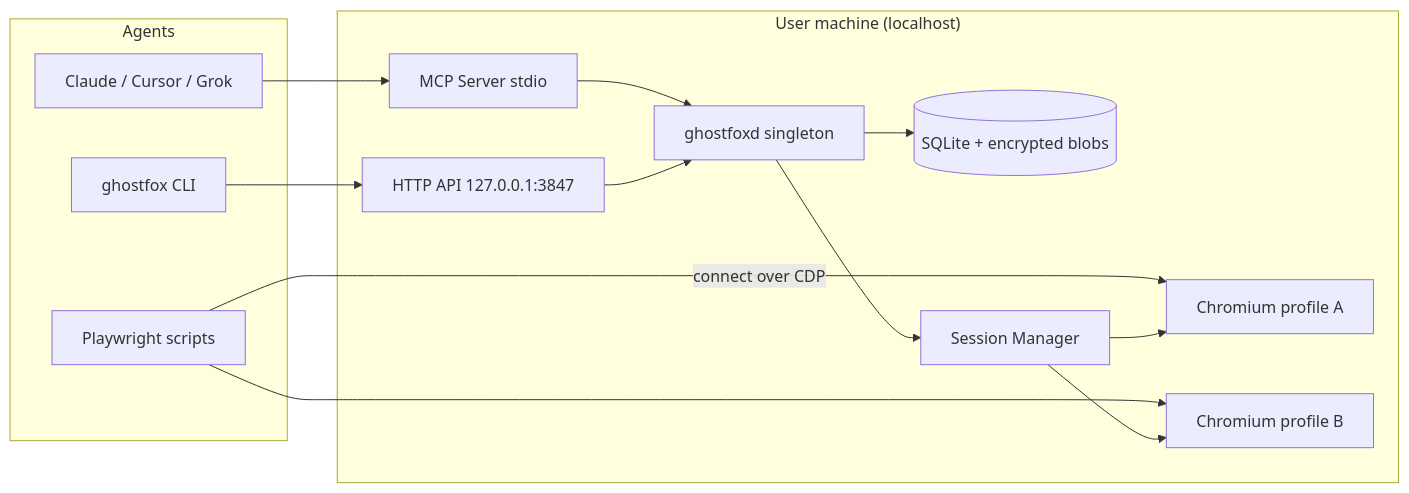
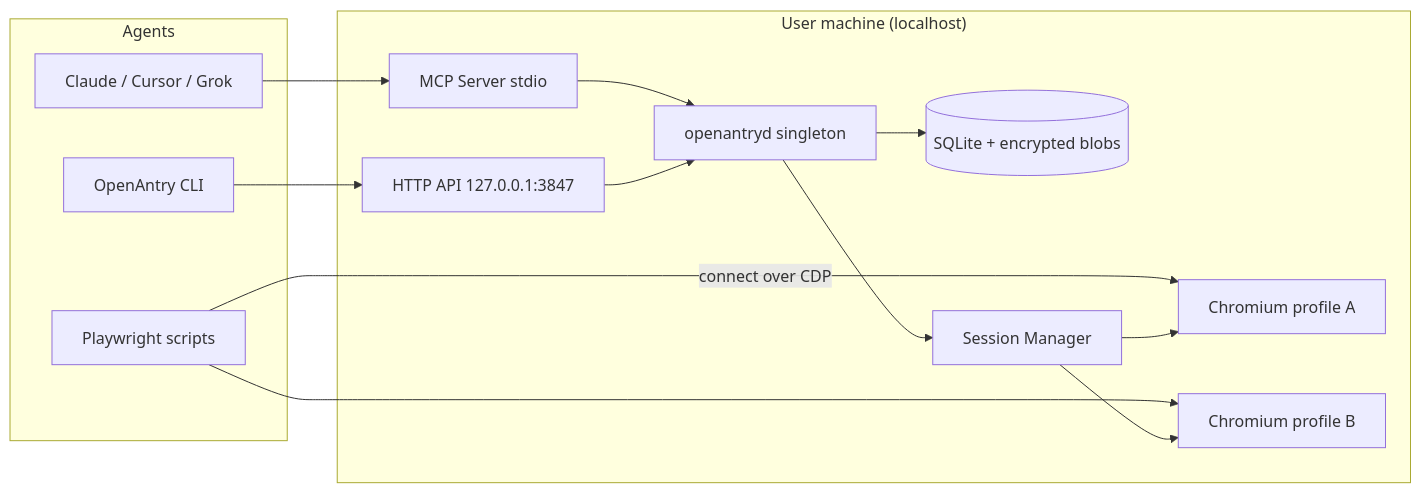
Before and after one commit to LoganOneal/OpenAnty: the first of 4 diagrams in DESIGN.md, drawn with Mermaid. The commit also changed other lines of this file and 73 other files, not shown here.

First line of the commit message:
refactor: rebrand GhostFox to Open Antry

````diff
--- a/DESIGN.md
+++ b/DESIGN.md
@@ -372,29 +372,29 @@
 ```mermaid
 flowchart LR
   subgraph Agents
     Claude[Claude / Cursor / Grok]
     Script[Playwright scripts]
-    CLI[ghostfox CLI]
+    CLI[OpenAntry CLI]
   end
 
   subgraph Host["User machine (localhost)"]
     MCP[MCP Server stdio]
     REST[HTTP API 127.0.0.1:3847]
-    Daemon[ghostfoxd singleton]
+    Daemon[openantryd singleton]
     DB[(SQLite + encrypted blobs)]
     SM[Session Manager]
     B1[Chromium profile A]
     B2[Chromium profile B]
   end
 
   Claude --> MCP
   CLI --> REST
   Script -->|connect over CDP| B1
   Script --> B2
   MCP --> Daemon
   REST --> Daemon
   Daemon --> DB
   Daemon --> SM
   SM --> B1
   SM --> B2
 ```
````
